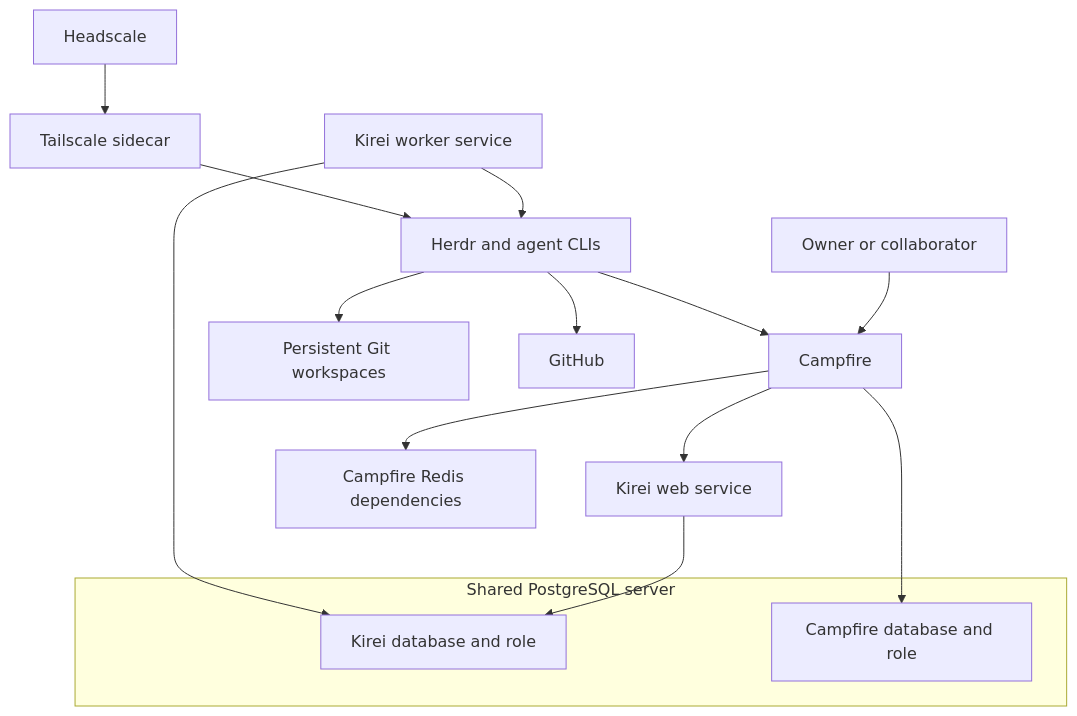
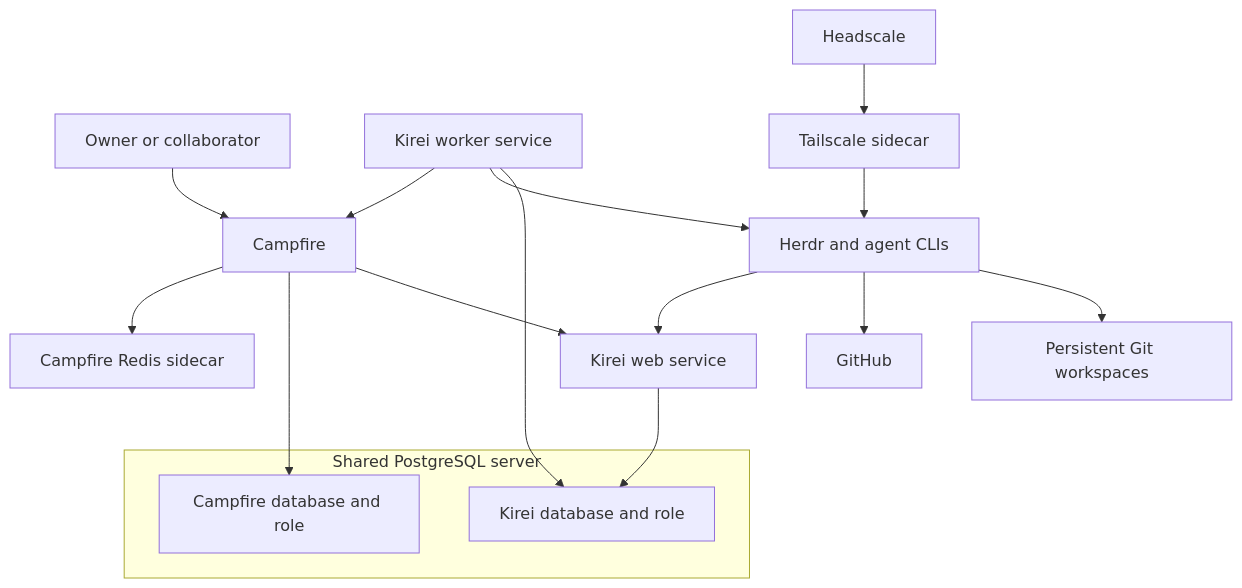
The diagram in docs/agent-fleet-architecture-and-review.md (swiknaba/digitaltwin), drawn with Mermaid before and after one commit. The commit also changed other lines of this file and 3 other files, not shown here.

Commit message:
docs: define Redis sidecar and Worker reply routing

````diff
--- a/docs/agent-fleet-architecture-and-review.md
+++ b/docs/agent-fleet-architecture-and-review.md
@@ -122,19 +126,20 @@
 ```mermaid
 flowchart TD
     Human["Owner or collaborator"] --> Campfire["Campfire"]
     Campfire --> Web["Kirei web service"]
     subgraph PostgreSQL["Shared PostgreSQL server"]
         Database["Kirei database and role"]
         CampfireDB["Campfire database and role"]
     end
     Web --> Database
     Campfire --> CampfireDB
-    Campfire --> Redis["Campfire Redis dependencies"]
+    Campfire --> Redis["Campfire Redis sidecar"]
     Worker["Kirei worker service"] --> Database
     Worker --> Runtime["Herdr and agent CLIs"]
     Runtime --> Repositories["Persistent Git workspaces"]
     Runtime --> GitHub["GitHub"]
-    Runtime --> Campfire
+    Runtime --> Web
+    Worker --> Campfire
     Tailnet["Tailscale sidecar"] --> Runtime
     Headscale["Headscale"] --> Tailnet
 ```
````
